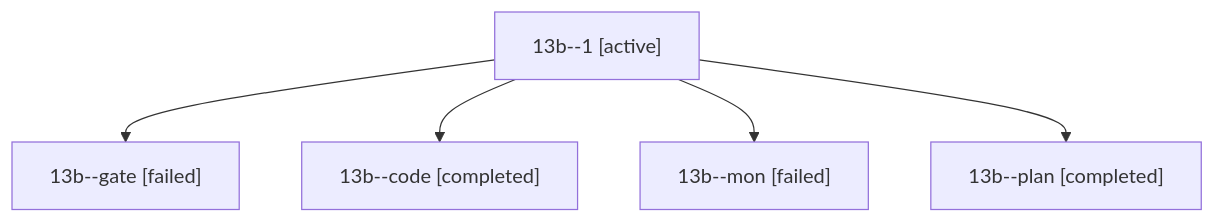
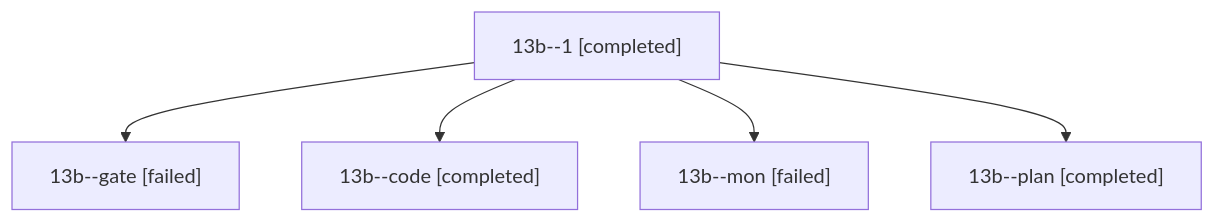
The diagram in sessions/bbugyi200.athena.13b.md (sase-org/sase--agents), drawn with Mermaid before and after one commit. The commit also changed other lines of this file and 112 other files, not shown here.

````diff
--- a/sessions/bbugyi200.athena.13b.md
+++ b/sessions/bbugyi200.athena.13b.md
@@ -9,12 +9,12 @@
 ```mermaid
 flowchart TD
-  n0["13b--1 [active]"]
+  n0["13b--1 [completed]"]
   n1["13b--gate [failed]"]
   n0 --> n1
   n2["13b--code [completed]"]
   n0 --> n2
   n3["13b--mon [failed]"]
   n0 --> n3
   n4["13b--plan [completed]"]
   n0 --> n4
 ```
````
